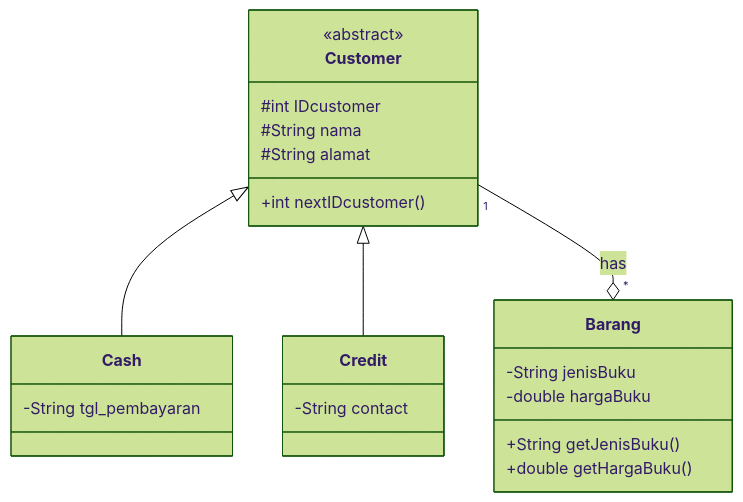
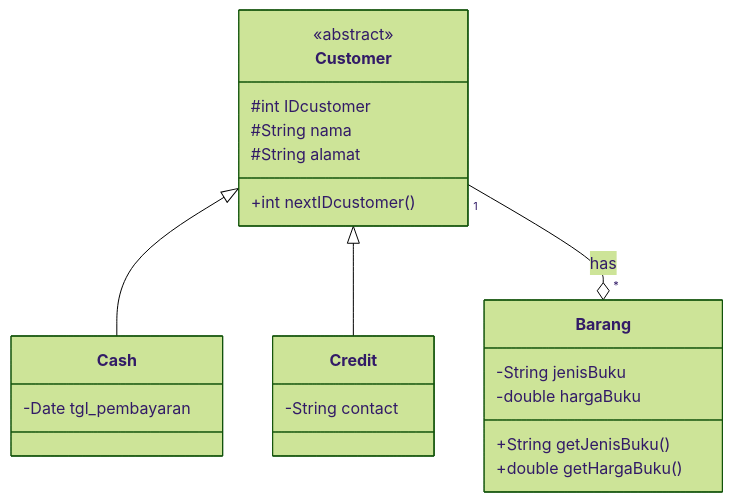
One commit to ummuqaltsum11/Final-Project-PBO changed the first of 3 diagrams in README.md. Above: the diagram before and after it, drawn with Mermaid (forest theme).

````diff
--- a/README.md
+++ b/README.md
@@ -7,28 +7,28 @@
 ```mermaid
 classDiagram
     Customer <|-- Cash
     Customer <|-- Credit
     Customer "1"--o"*" Barang : has
     
     class Customer{
       <<abstract>>
       #int IDcustomer
       #String nama
       #String alamat
       +int nextIDcustomer()
     }
     
     class Cash{
-      -String tgl_pembayaran
+      -Date tgl_pembayaran
     }
     class Credit{
       -String contact
     }
     class Barang{
       -String jenisBuku
       -double hargaBuku
       +String getJenisBuku()
       +double getHargaBuku()
     }
             
 ```
````
